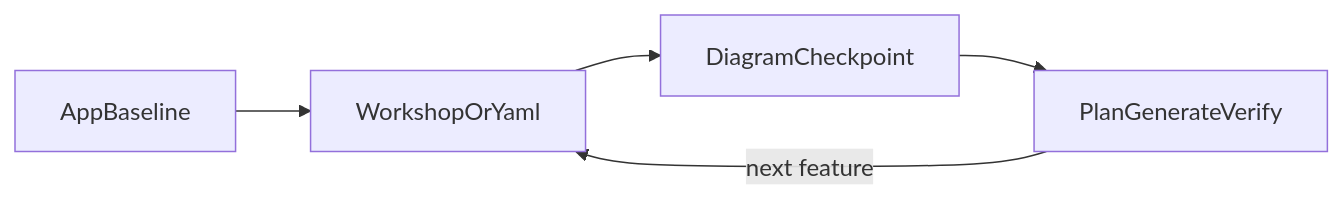
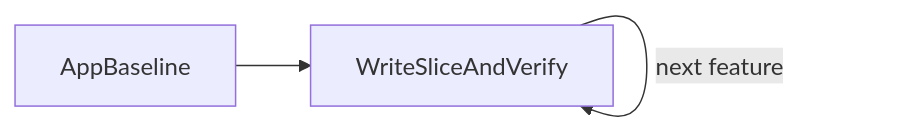
The diagram in templates/crablet-app/.claude/skills/crablet-greenfield/SKILL.md (rodolfodpk/spring-crablet), drawn with Mermaid before and after one commit. The commit also changed other lines of this file and 176 other files, not shown here.

````diff
--- a/templates/crablet-app/.claude/skills/crablet-greenfield/SKILL.md
+++ b/templates/crablet-app/.claude/skills/crablet-greenfield/SKILL.md
@@ -87,9 +61,7 @@
 ```mermaid
 flowchart LR
   baseline[AppBaseline]
-  model[WorkshopOrYaml]
-  diagram[DiagramCheckpoint]
-  slice[PlanGenerateVerify]
-  baseline --> model --> diagram --> slice
-  slice -->|"next feature"| model
+  slice[WriteSliceAndVerify]
+  baseline --> slice
+  slice -->|"next feature"| slice
 ```
````
